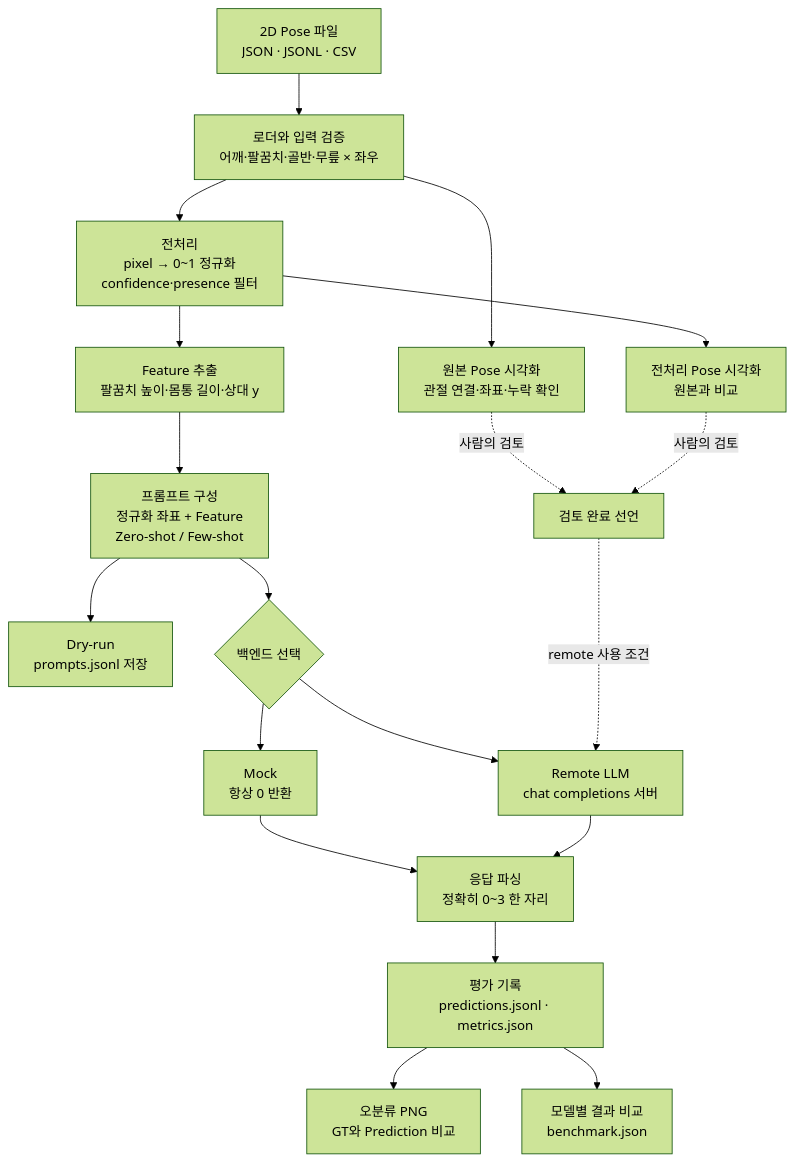
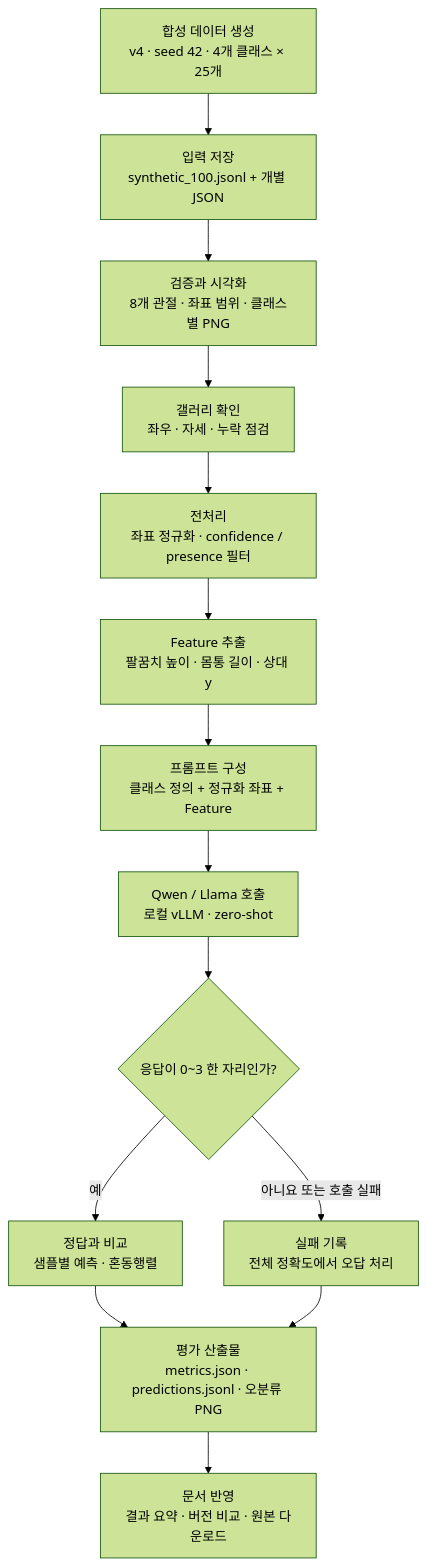
One commit to ggh-png/pose2actionLLM changed the first of 3 diagrams in docs/pipeline.md. Above: the diagram before and after it, drawn with Mermaid (forest theme). The commit also changed other lines of this file and 22 other files, not shown here.

````diff
--- a/docs/pipeline.md
+++ b/docs/pipeline.md
@@ -8,21 +12,16 @@
 ```mermaid
 flowchart TD
-    A["2D Pose 파일<br/>JSON · JSONL · CSV"] --> B["로더와 입력 검증<br/>어깨·팔꿈치·골반·무릎 × 좌우"]
-    B --> C["원본 Pose 시각화<br/>관절 연결·좌표·누락 확인"]
-    B --> D["전처리<br/>pixel → 0~1 정규화<br/>confidence·presence 필터"]
-    D --> E["전처리 Pose 시각화<br/>원본과 비교"]
-    D --> F["Feature 추출<br/>팔꿈치 높이·몸통 길이·상대 y"]
-    F --> G["프롬프트 구성<br/>정규화 좌표 + Feature<br/>Zero-shot / Few-shot"]
-    G --> H["Dry-run<br/>prompts.jsonl 저장"]
-    G --> I{"백엔드 선택"}
-    I --> J["Mock<br/>항상 0 반환"]
-    I --> K["Remote LLM<br/>chat completions 서버"]
-    C -. "사람의 검토" .-> R["검토 완료 선언"]
-    E -. "사람의 검토" .-> R
-    R -. "remote 사용 조건" .-> K
-    J --> L["응답 파싱<br/>정확히 0~3 한 자리"]
+    A["합성 데이터 생성<br/>v4 · seed 42 · 4개 클래스 × 25개"] --> B["입력 저장<br/>synthetic_100.jsonl + 개별 JSON"]
+    B --> C["검증과 시각화<br/>8개 관절 · 좌표 범위 · 클래스별 PNG"]
+    C --> D["갤러리 확인<br/>좌우 · 자세 · 누락 점검"]
+    D --> E["전처리<br/>좌표 정규화 · confidence / presence 필터"]
+    E --> F["Feature 추출<br/>팔꿈치 높이 · 몸통 길이 · 상대 y"]
+    F --> G["프롬프트 구성<br/>클래스 정의 + 정규화 좌표 + Feature"]
+    G --> H["Qwen / Llama 호출<br/>로컬 vLLM · zero-shot"]
+    H --> I{"응답이 0~3 한 자리인가?"}
+    I -->|예| J["정답과 비교<br/>샘플별 예측 · 혼동행렬"]
+    I -->|아니요 또는 호출 실패| K["실패 기록<br/>전체 정확도에서 오답 처리"]
+    J --> L["평가 산출물<br/>metrics.json · predictions.jsonl · 오분류 PNG"]
     K --> L
-    L --> M["평가 기록<br/>predictions.jsonl · metrics.json"]
-    M --> N["오분류 PNG<br/>GT와 Prediction 비교"]
-    M --> O["모델별 결과 비교<br/>benchmark.json"]
+    L --> M["문서 반영<br/>결과 요약 · 버전 비교 · 원본 다운로드"]
 ```
````
